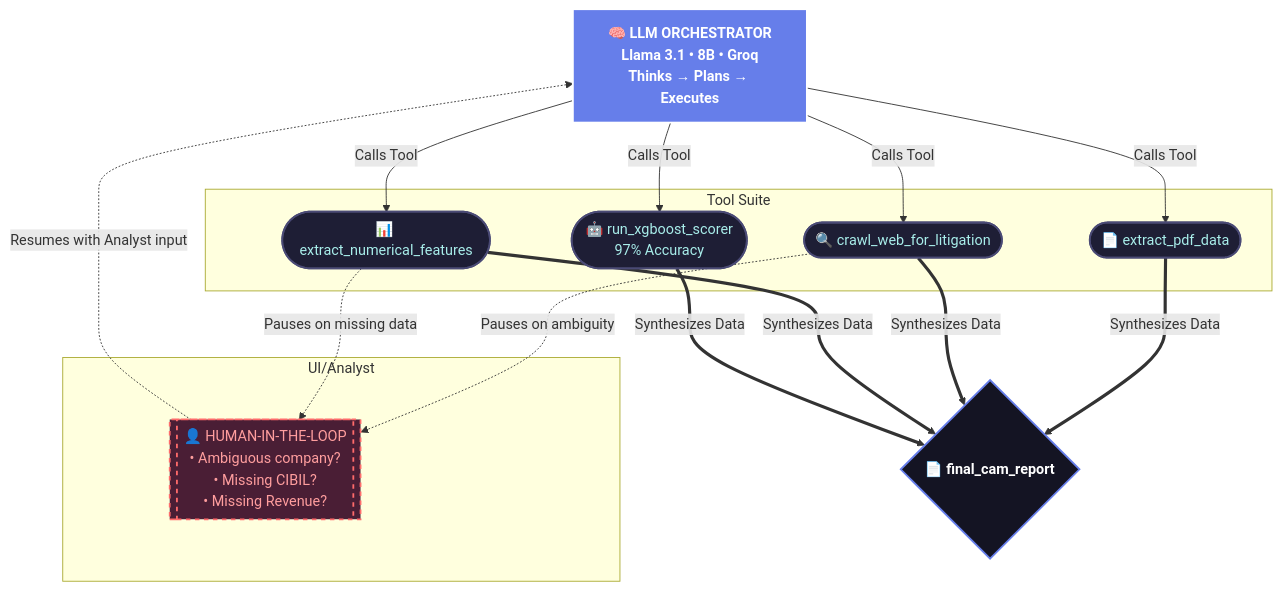
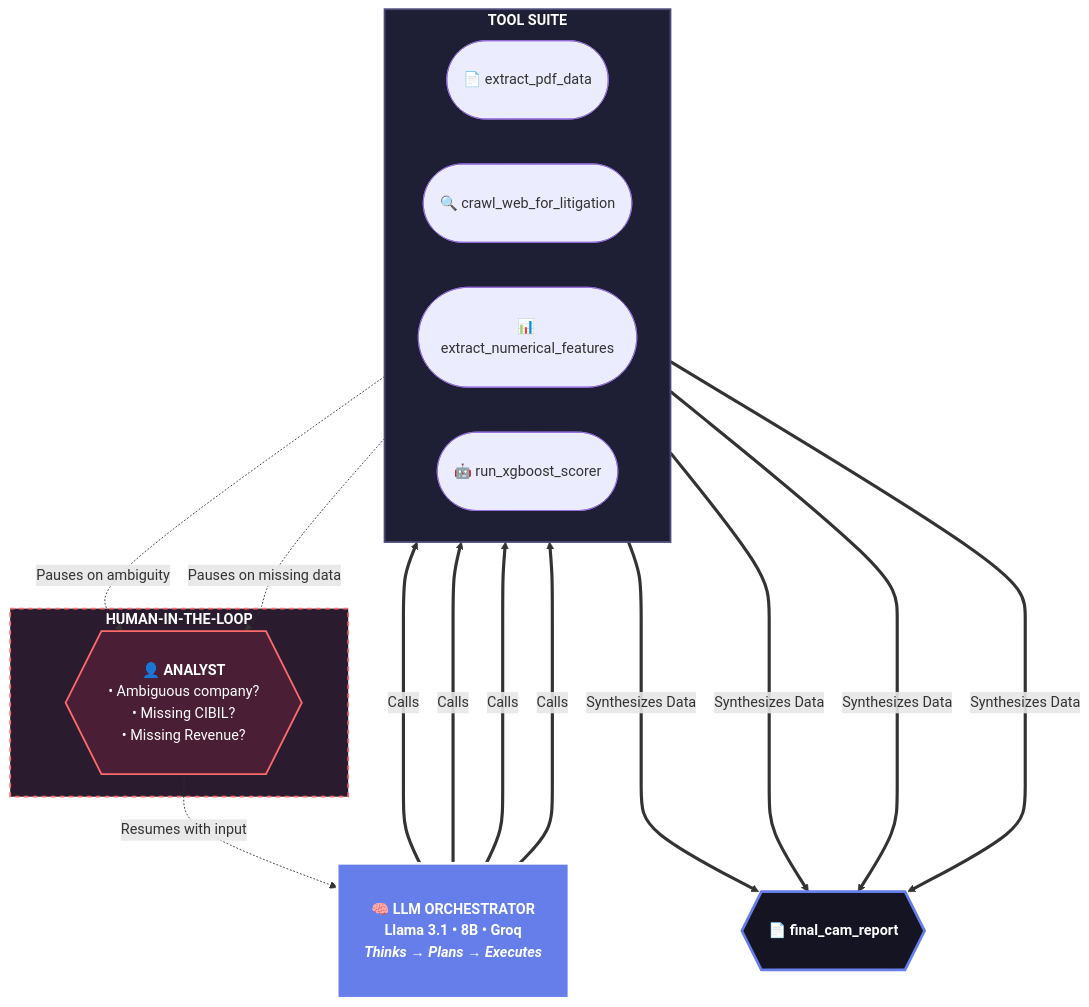
Before and after one commit to ShivamMaurya14/Credi-Mitra: the diagram in README.md, drawn with Mermaid. The commit also changed other lines of this file, not shown here.

Commit message:
docs: adjust diagram sizing and clean up spacing

````diff
--- a/README.md
+++ b/README.md
@@ -40,36 +36,41 @@
 ```mermaid
-graph TD;
-    %% Styling
-    classDef orchestrator fill:#667eea,stroke:#fff,stroke-width:2px,color:#fff,font-weight:bold;
-    classDef tools fill:#1e1e35,stroke:#4a4a75,stroke-width:2px,color:#a8edea;
-    classDef hitl fill:#4a1e35,stroke:#ff6b6b,stroke-width:2px,color:#ff9e9e,stroke-dasharray: 5 5;
-    classDef output fill:#141423,stroke:#667eea,stroke-width:2px,color:#fff,font-weight:bold;
-
+flowchart TD
+    %% Global Style
+    classDef default font-size:16px,padding:15px;
+    
     %% Nodes
-    A[🧠 LLM ORCHESTRATOR<br>Llama 3.1 • 8B • Groq<br>Thinks → Plans → Executes]:::orchestrator
+    A["🧠 <b>LLM ORCHESTRATOR</b><br/>Llama 3.1 • 8B • Groq<br/><i>Thinks → Plans → Executes</i>"]
     
-    subgraph Tool Suite
-        B([📄 extract_pdf_data]):::tools
-        C([🔍 crawl_web_for_litigation]):::tools
-        D([📊 extract_numerical_features]):::tools
-        E([🤖 run_xgboost_scorer<br>97% Accuracy]):::tools
+    subgraph ToolSuite ["<b>TOOL SUITE</b>"]
+        direction LR
+        B(["📄 extract_pdf_data"])
+        C(["🔍 crawl_web_for_litigation"])
+        D(["📊 extract_numerical_features"])
+        E(["🤖 run_xgboost_scorer"])
     end
     
-    subgraph UI/Analyst
-        H[[👤 HUMAN-IN-THE-LOOP<br>• Ambiguous company?<br>• Missing CIBIL? <br>• Missing Revenue?]]:::hitl
+    subgraph UI ["<b>HUMAN-IN-THE-LOOP</b>"]
+        H{{"👤 <b>ANALYST</b><br/>• Ambiguous company?<br/>• Missing CIBIL? <br/>• Missing Revenue?"}}
     end
 
-    F{📄 final_cam_report}:::output
+    F{{"📄 <b>final_cam_report</b>"}}
 
     %% Flow
-    A -->|Calls Tool| B
-    A -->|Calls Tool| C
-    A -->|Calls Tool| D
-    A -->|Calls Tool| E
+    A ==>|" Calls"| B
+    A ==>|" Calls"| C
+    A ==>|" Calls"| D
+    A ==>|" Calls"| E
     
-    C -.->|Pauses on ambiguity| H
-    D -.->|Pauses on missing data| H
-    H -.->|Resumes with Analyst input| A
+    C -.->|" Pauses on ambiguity"| H
+    D -.->|" Pauses on missing data"| H
+    H -.->|" Resumes with input"| A
     
-    B & C & D & E ==>|Synthesizes Data| F
+    B & C & D & E ===>|" Synthesizes Data"| F
+
+    %% Styling
+    style A fill:#667eea,stroke:#fff,stroke-width:3px,color:#fff,font-weight:bold
+    style ToolSuite fill:#1e1e35,stroke:#4a4a75,stroke-width:2px,color:#fff
+    style UI fill:#2a1b2e,stroke:#ff6b6b,stroke-width:2px,stroke-dasharray: 5 5,color:#fff
+    style H fill:#4a1e35,stroke:#ff6b6b,stroke-width:2px,color:#fff
+    style F fill:#141423,stroke:#667eea,stroke-width:3px,color:#fff,font-weight:bold
 ```
````
